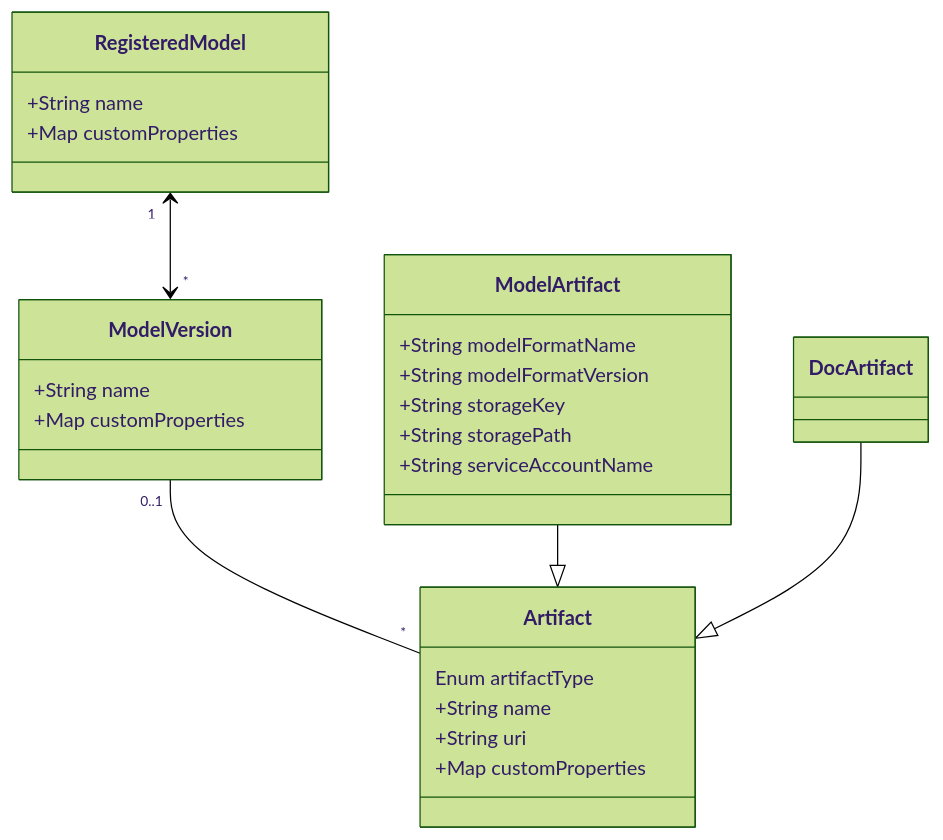
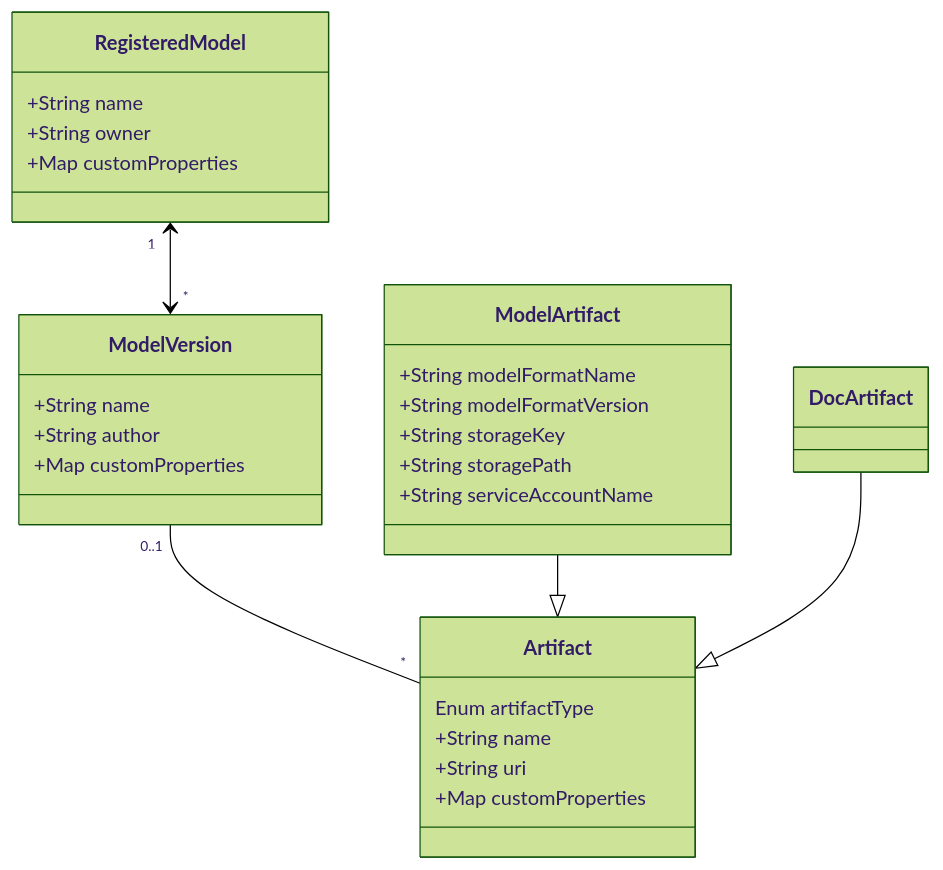
The diagram in docs/logical_model.md (hanzo-ml/hub), drawn with Mermaid (forest theme) before and after one commit. The commit also changed 18 other files, not shown here.

````diff
--- a/docs/logical_model.md
+++ b/docs/logical_model.md
@@ -441,28 +441,30 @@
 ```mermaid
 classDiagram
     class RegisteredModel{
         +String name
+        +String owner
         +Map customProperties
     }
     class ModelVersion{
         +String name
+        +String author
         +Map customProperties
     }
     class Artifact{
         Enum artifactType
         +String name
         +String uri
         +Map customProperties
     }
     class ModelArtifact{
         +String modelFormatName
         +String modelFormatVersion
         +String storageKey
         +String storagePath
         +String serviceAccountName 
     }
     RegisteredModel "1" <--> "*" ModelVersion
     ModelVersion "0..1" -- "*" Artifact
     ModelArtifact --|> Artifact
     DocArtifact --|> Artifact   
 ```
````
